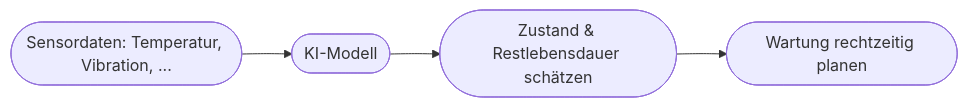
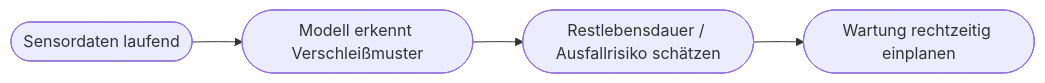
Before and after one commit to Qualidy/Prompt-Engineering-KI-in-der-Arbeitswelt: the second of 2 diagrams in docs/content/kapitel26.md, drawn with Mermaid. The commit also changed other lines of this file and 80 other files, not shown here.

````diff
--- a/docs/content/kapitel26.md
+++ b/docs/content/kapitel26.md
@@ -30,6 +43,6 @@
 ```mermaid
 flowchart LR
-    A([Sensordaten: Temperatur, Vibration, ...]) --> B([KI-Modell])
-    B --> C([Zustand & Restlebensdauer schätzen])
-    C --> D([Wartung rechtzeitig planen])
+    A([Sensordaten laufend]) --> B([Modell erkennt Verschleißmuster])
+    B --> C([Restlebensdauer / Ausfallrisiko schätzen])
+    C --> D([Wartung rechtzeitig einplanen])
 ```
````
